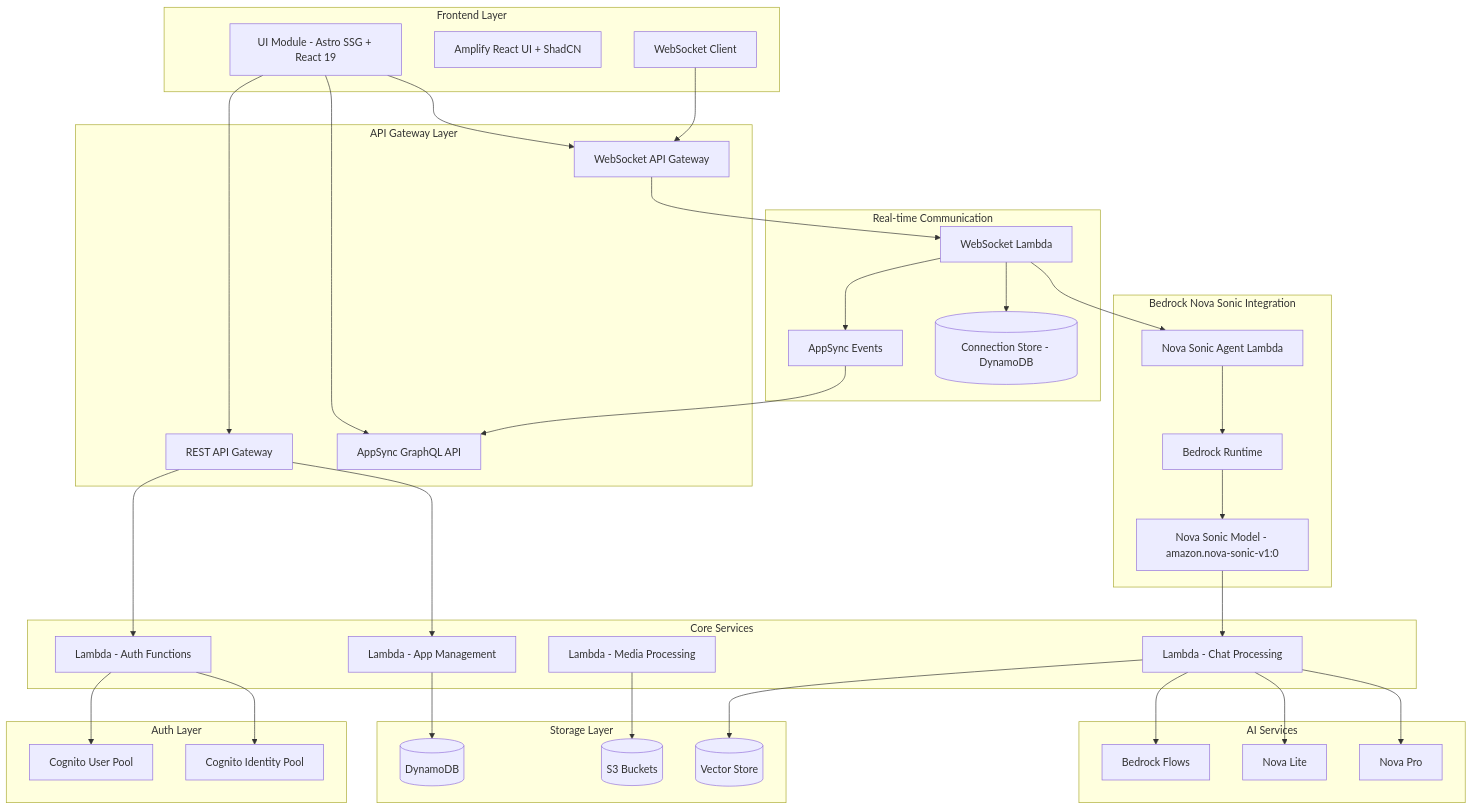
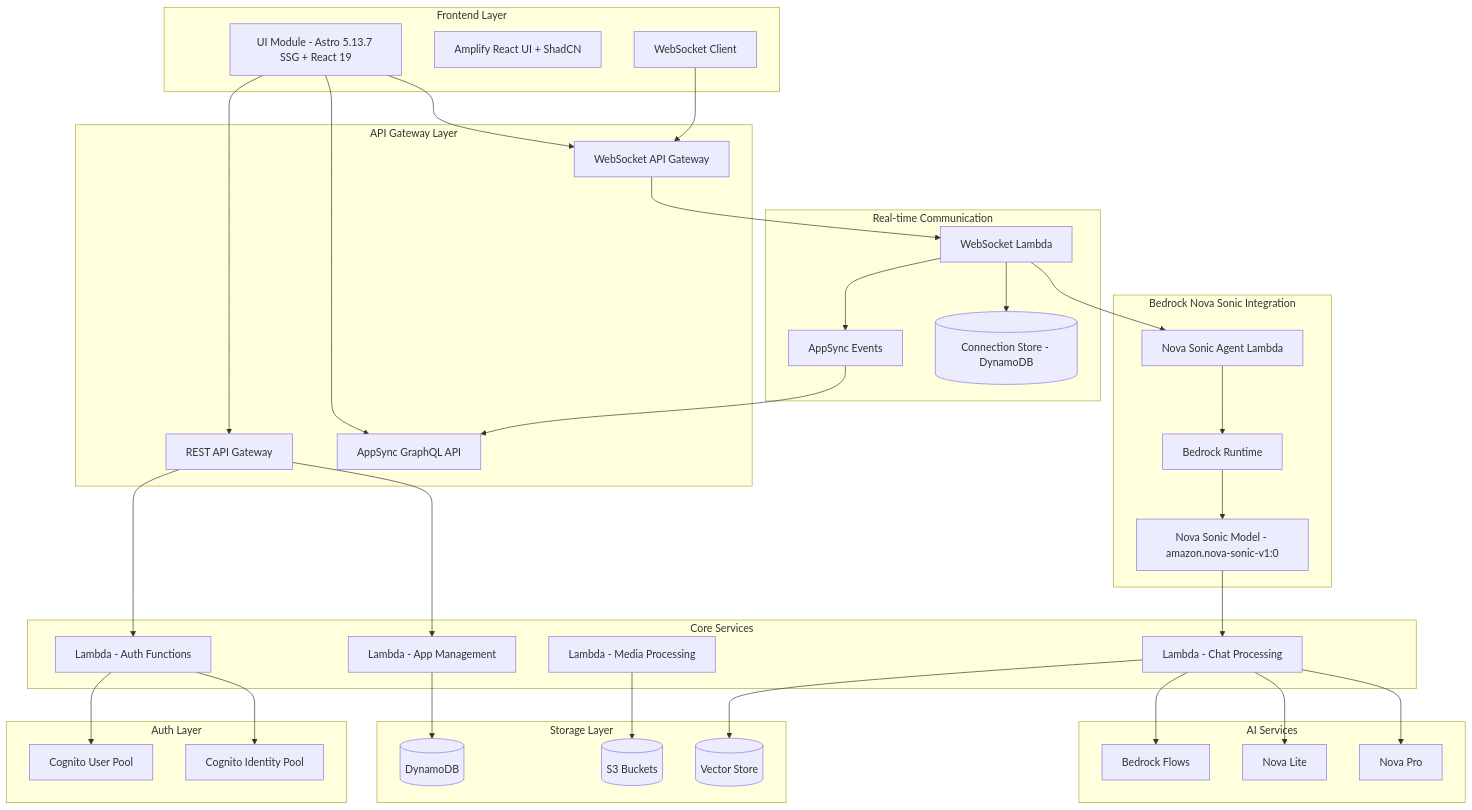
The first of 3 diagrams in .kiro/specs/ai-powered-groupware/design.md (julianfrank/airium0), drawn with Mermaid before and after one commit. The commit also changed other lines of this file and 27 other files, not shown here.

Commit message:
10. Initialize UI Module with Astro and React 19

````diff
--- a/.kiro/specs/ai-powered-groupware/design.md
+++ b/.kiro/specs/ai-powered-groupware/design.md
@@ -13,73 +13,73 @@
 ```mermaid
 graph TB
     subgraph "Frontend Layer"
-        UI[UI Module - Astro SSG + React 19]
+        UI[UI Module - Astro 5.13.7 SSG + React 19]
         AmpUI[Amplify React UI + ShadCN]
         WS[WebSocket Client]
     end
     
     subgraph "API Gateway Layer"
         WSAPI[WebSocket API Gateway]
         RESTAPI[REST API Gateway]
         ASAPI[AppSync GraphQL API]
     end
     
     subgraph "Real-time Communication"
         WSL[WebSocket Lambda]
         ASE[AppSync Events]
         CONN[(Connection Store - DynamoDB)]
     end
     
     subgraph "Bedrock Nova Sonic Integration"
         NSL[Nova Sonic Agent Lambda]
         BR[Bedrock Runtime]
         NSM[Nova Sonic Model - amazon.nova-sonic-v1:0]
     end
     
     subgraph "Core Services"
         L1[Lambda - Auth Functions]
         L2[Lambda - App Management] 
         L3[Lambda - Chat Processing]
         L4[Lambda - Media Processing]
     end
     
     subgraph "AI Services"
         BF[Bedrock Flows]
         NL[Nova Lite]
         NP[Nova Pro]
     end
     
     subgraph "Storage Layer"
         DB[(DynamoDB)]
         S3[(S3 Buckets)]
         VS[(Vector Store)]
     end
     
     subgraph "Auth Layer"
         CUP[Cognito User Pool]
         CIP[Cognito Identity Pool]
     end
     
     UI --> WSAPI
     UI --> RESTAPI
     UI --> ASAPI
     WS --> WSAPI
     WSAPI --> WSL
     WSL --> CONN
     WSL --> ASE
     WSL --> NSL
     ASE --> ASAPI
     NSL --> BR
     BR --> NSM
     NSM --> L3
     RESTAPI --> L1
     RESTAPI --> L2
     L3 --> BF
     L3 --> NL
     L3 --> NP
     L1 --> CUP
     L1 --> CIP
     L2 --> DB
     L4 --> S3
     L3 --> VS
 ```
````
